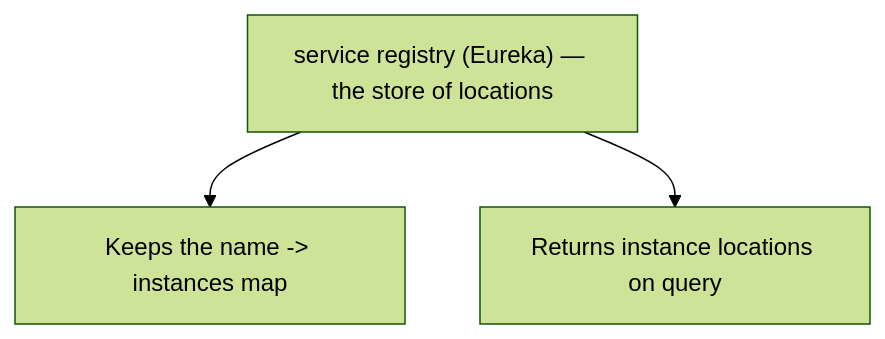
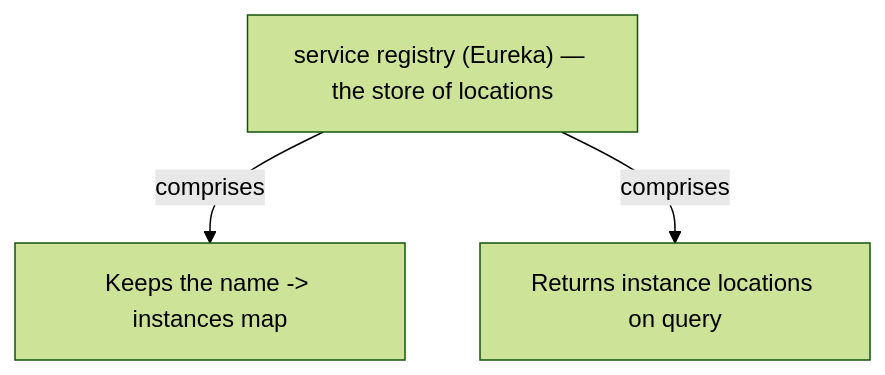
One commit to vinayakuber/microservices-io-study-guide changed the sixth of 13 diagrams in docs/ch09-client-side-discovery.md. Above: the diagram before and after it, drawn with Mermaid (forest theme). The commit also changed other lines of this file and 71 other files, not shown here.

First line of the commit message:
R18: label every diagram arrow with its meaning

````diff
--- a/docs/ch09-client-side-discovery.md
+++ b/docs/ch09-client-side-discovery.md
@@ -246,6 +246,6 @@
 ```mermaid
 flowchart TD
   R["service registry (Eureka) — the store of locations"]
-  R --> P0["Keeps the name -&gt; instances map"]
-  R --> P1["Returns instance locations on query"]
+  R -->|"comprises"| P0["Keeps the name -&gt; instances map"]
+  R -->|"comprises"| P1["Returns instance locations on query"]
 ```
````
